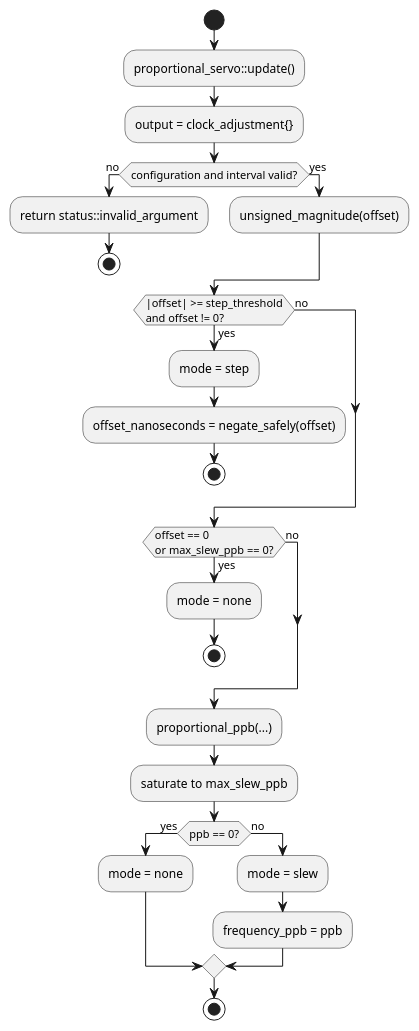
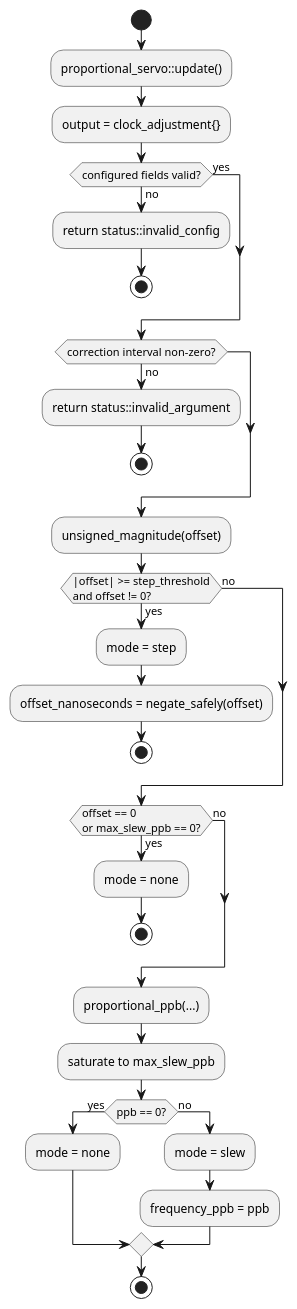
One commit to nguyenchiemminhvu/castle changed the second of 2 diagrams in docs/castle_ext/protocols/timing/ptp_servo.md. Above: the diagram before and after it, drawn with PlantUML. The commit also changed other lines of this file and 226 other files, not shown here.

````diff
--- a/docs/castle_ext/protocols/timing/ptp_servo.md
+++ b/docs/castle_ext/protocols/timing/ptp_servo.md
@@ -217,36 +219,41 @@
 ```plantuml
 @startuml
 start
 :proportional_servo::update();
 :output = clock_adjustment{};
-if (configuration and interval valid?) then (no)
+if (configured fields valid?) then (no)
+  :return status::invalid_config;
+  stop
+else (yes)
+endif
+
+if (correction interval non-zero?) then (no)
   :return status::invalid_argument;
   stop
-else (yes)
-  :unsigned_magnitude(offset);
 endif
+:unsigned_magnitude(offset);
 
 if (|offset| >= step_threshold\nand offset != 0?) then (yes)
   :mode = step;
   :offset_nanoseconds = negate_safely(offset);
   stop
 else (no)
 endif
 
 if (offset == 0\nor max_slew_ppb == 0?) then (yes)
   :mode = none;
   stop
 else (no)
 endif
 
 :proportional_ppb(...);
 :saturate to max_slew_ppb;
 if (ppb == 0?) then (yes)
   :mode = none;
 else (no)
   :mode = slew;
   :frequency_ppb = ppb;
 endif
 stop
 @enduml
 ```
````
